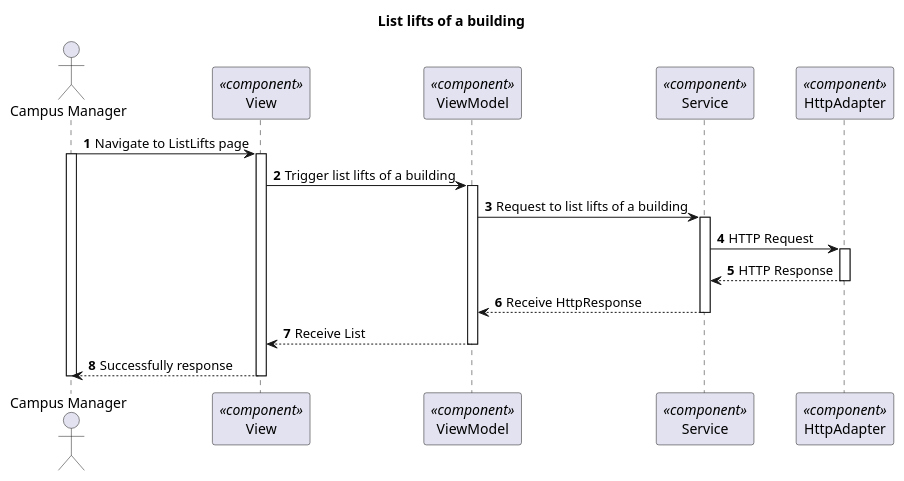
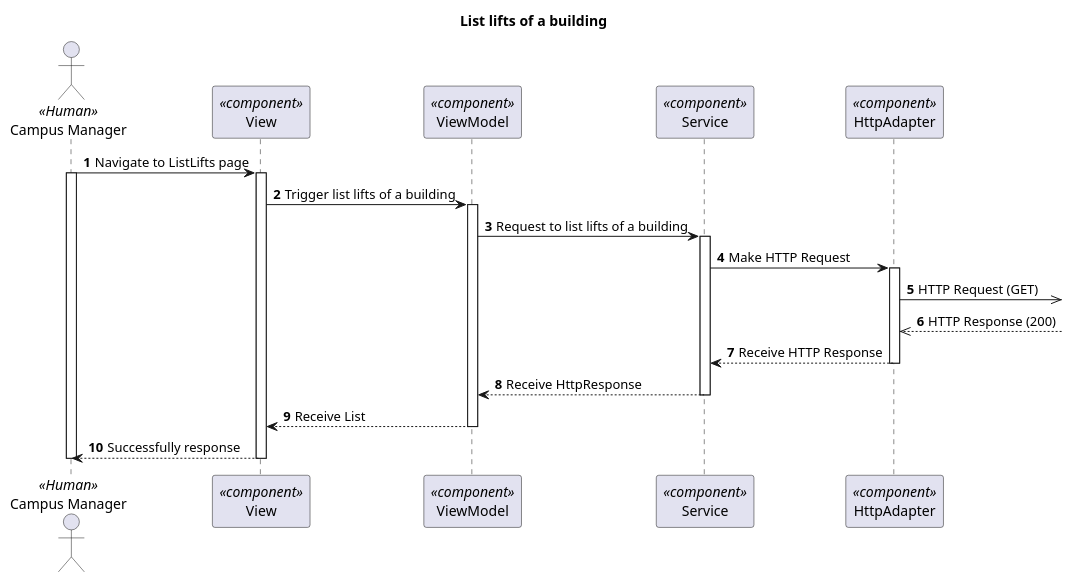
Before and after one commit to 1210910/lapr5: the diagram in docs/VistaProcesso/US290(1140)/Visualization/ProcessView_Level3_US1140.puml, drawn with PlantUML. The commit also changed 42 other files, not shown here.

```diff
--- a/docs/VistaProcesso/US290(1140)/Visualization/ProcessView_Level3_US1140.puml
+++ b/docs/VistaProcesso/US290(1140)/Visualization/ProcessView_Level3_US1140.puml
@@ -1,36 +1,38 @@
 @startuml Process View - Level 3
 
 autonumber
 skinparam packageStyle rect
 
 title List lifts of a building
 
-actor "Campus Manager" as CM
+actor "Campus Manager" as CM <<Human>>
 participant "View" as view <<component>>
 participant "ViewModel" as viewModel <<component>>
 participant "Service" as service <<component>>
 participant "HttpAdapter" as httpAdapter <<component>>
 
 CM -> view : Navigate to ListLifts page
 activate CM
 activate view
 view -> viewModel : Trigger list lifts of a building
 
 activate viewModel
 viewModel -> service : Request to list lifts of a building
 
 activate service
-service -> httpAdapter : HTTP Request
+service -> httpAdapter : Make HTTP Request
 activate httpAdapter
-httpAdapter --> service : HTTP Response
+httpAdapter ->> : HTTP Request (GET)
+httpAdapter <<-- : HTTP Response (200)
+httpAdapter --> service : Receive HTTP Response
 deactivate httpAdapter
 
 service --> viewModel : Receive HttpResponse
 deactivate service
 viewModel --> view : Receive List
 deactivate viewModel
 
 CM <-- view : Successfully response
 deactivate view
 deactivate CM
 @enduml
```
